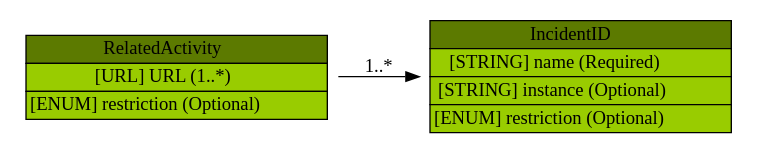
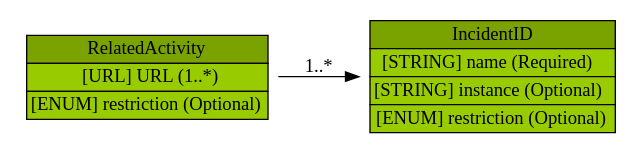
Before and after one commit to Moutix/idmef_parser: the diagram in iodef/graph/RelatedActivity.dot, drawn with Graphviz. The commit also changed 197 other files, not shown here.

Commit message:
Update Graphs

```diff
--- a/iodef/graph/RelatedActivity.dot
+++ b/iodef/graph/RelatedActivity.dot
@@ -1,8 +1,19 @@
 digraph RelatedActivity {
-	graph [rankdir=LR];
+	graph [bb="0,0,455,92",
+		rankdir=LR
+	];
 	node [label="\N"];
-	graph [bb="0,0,522,88"];
-	RelatedActivity [label=<<table BORDER="0" CELLBORDER="1" CELLSPACING="0"> <tr > <td BGCOLOR="#5c7a00" HREF="#" TITLE="The RelatedActivity class lists either incident tracking numbers of incidents or URLs (not both) that refer to activity related to the one described in the IODEF document. These references may be to local incident tracking numbers or to those of other CSIRTs. ">RelatedActivity</td> </tr>" %<tr><td BGCOLOR="#99CC00" HREF="#" TITLE="A URL to activity related to this incident.">[URL] URL (1..*) </td></tr>%<tr><td BGCOLOR="#99CC00" HREF="#" TITLE="This attribute has been defined in Section 3.2.">[ENUM] restriction (Optional) </td></tr>%</table>>, shape=plaintext, pos="115,44", width="3.1667", height="0.95833"];
-	IncidentID [label=<<table BORDER="0" CELLBORDER="1" CELLSPACING="0"> <tr > <td BGCOLOR="#5c7a00" HREF="#" TITLE="The IncidentID class represents an incident tracking number that is unique in the context of the CSIRT and identifies the activity characterized in an IODEF Document. This identifier would serve as an index into the CSIRT incident handling system. The combination of the name attribute and the string in the element content MUST be a globally unique identifier describing the activity. Documents generated by a given CSIRT MUST NOT reuse the same value unless they are referencing the same incident. ">IncidentID</td> </tr>" %<tr><td BGCOLOR="#99CC00" HREF="#" TITLE="An identifier describing the CSIRT that created the document.  In order to have a globally unique CSIRT name, the fully qualified domain name associated with the CSIRT MUST be used.">[STRING] name (Required) </td></tr>%<tr><td BGCOLOR="#99CC00" HREF="#" TITLE="An identifier referencing a subset of the named incident.">[STRING] instance (Optional) </td></tr>%<tr><td BGCOLOR="#99CC00" HREF="#" TITLE="This attribute has been defined in Section 3.2.">[ENUM] restriction (Optional) </td></tr>%</table>>, shape=plaintext, pos="407,44", width="3.1667", height="1.2361"];
-	RelatedActivity -> IncidentID [label="1..*", pos="e,292.28,44 229.57,44 246.8,44 264.64,44 282.07,44", lp="261,52.5"];
+	RelatedActivity	 [height=0.98611,
+		label=<<table BORDER="0" CELLBORDER="1" CELLSPACING="0"> <tr> <td BGCOLOR="#7aa300" HREF="#" TITLE="The RelatedActivity class lists either incident tracking numbers of incidents or URLs (not both) that refer to activity related to the one described in the IODEF document. These references may be to local incident tracking numbers or to those of other CSIRTs. "><FONT FACE="Nimbus Sans L">RelatedActivity</FONT></td> </tr>" %<tr><td BGCOLOR="#99CC00"  HREF="#" TITLE="A URL to activity related to this incident."><FONT FACE="Nimbus Sans L">[URL] URL (1..*)</FONT></td></tr>%<tr><td BGCOLOR="#99CC00"  HREF="#" TITLE="This attribute has been defined in Section 3.2."><FONT FACE="Nimbus Sans L">[ENUM] restriction (Optional)</FONT></td></tr>%</table>>,
+		pos="98.5,46",
+		shape=plaintext,
+		width=2.7361];
+	IncidentID	 [height=1.2778,
+		label=<<table BORDER="0" CELLBORDER="1" CELLSPACING="0"> <tr> <td BGCOLOR="#7aa300" HREF="#" TITLE="The IncidentID class represents an incident tracking number that is unique in the context of the CSIRT and identifies the activity characterized in an IODEF Document. This identifier would serve as an index into the CSIRT incident handling system. The combination of the name attribute and the string in the element content MUST be a globally unique identifier describing the activity. Documents generated by a given CSIRT MUST NOT reuse the same value unless they are referencing the same incident. "><FONT FACE="Nimbus Sans L">IncidentID</FONT></td> </tr>" %<tr><td BGCOLOR="#99CC00"  HREF="#" TITLE="An identifier describing the CSIRT that created the document.  In order to have a globally unique CSIRT name, the fully qualified domain name associated with the CSIRT MUST be used."><FONT FACE="Nimbus Sans L">[STRING] name (Required)</FONT></td></tr>%<tr><td BGCOLOR="#99CC00"  HREF="#" TITLE="An identifier referencing a subset of the named incident."><FONT FACE="Nimbus Sans L">[STRING] instance (Optional)</FONT></td></tr>%<tr><td BGCOLOR="#99CC00"  HREF="#" TITLE="This attribute has been defined in Section 3.2."><FONT FACE="Nimbus Sans L">[ENUM] restriction (Optional)</FONT></td></tr>%</table>>,
+		pos="355.5,46",
+		shape=plaintext,
+		width=2.7639];
+	RelatedActivity -> IncidentID	 [label="1..*",
+		lp="226.5,53.5",
+		pos="e,255.86,46 197.13,46 213.07,46 229.66,46 245.85,46"];
 }
```
